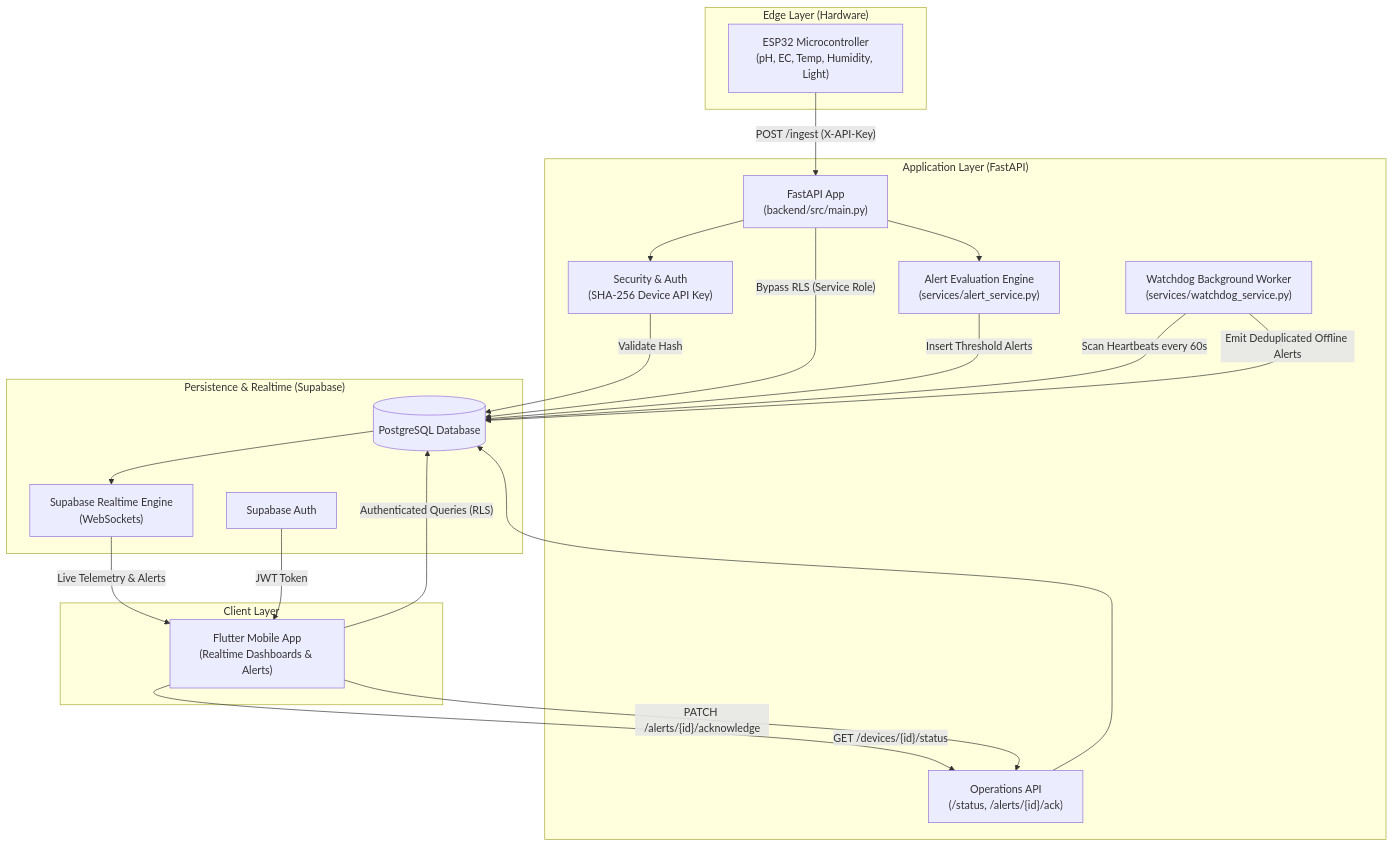
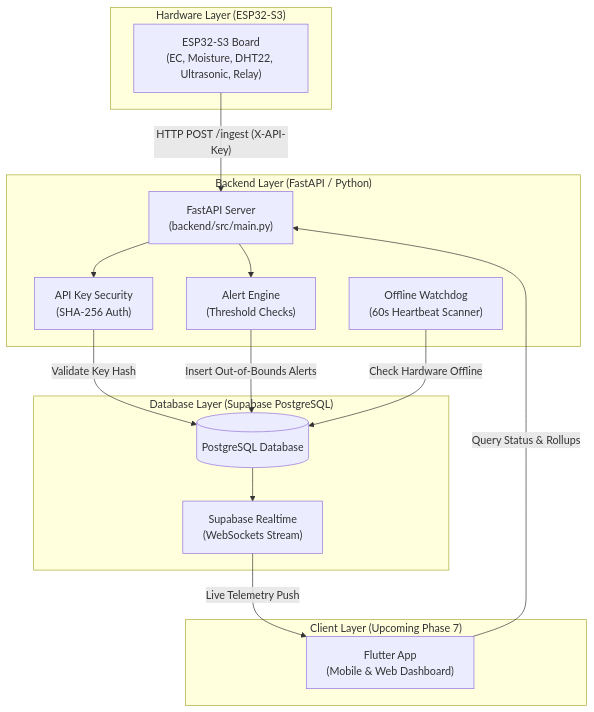
One commit to Afaq-Ejaz/Hydroponics_V2 changed the diagram in Progress/architecture.md. Above: the diagram before and after it, drawn with Mermaid. The commit also changed other lines of this file and 171 other files, not shown here.

Commit message:
Flutter-App

````diff
--- a/Progress/architecture.md
+++ b/Progress/architecture.md
@@ -7,40 +9,32 @@
 ```mermaid
 graph TD
-    subgraph Edge ["Edge Layer (Hardware)"]
-        ESP32["ESP32 Microcontroller<br/>(pH, EC, Temp, Humidity, Light)"]
+    subgraph Edge ["Hardware Layer (ESP32-S3)"]
+        ESP["ESP32-S3 Board<br/>(EC, Moisture, DHT22, Ultrasonic, Relay)"]
     end
 
-    subgraph Backend ["Application Layer (FastAPI)"]
-        API["FastAPI App<br/>(backend/src/main.py)"]
-        Sec["Security & Auth<br/>(SHA-256 Device API Key)"]
-        AlertEng["Alert Evaluation Engine<br/>(services/alert_service.py)"]
-        Watchdog["Watchdog Background Worker<br/>(services/watchdog_service.py)"]
-        Ops["Operations API<br/>(/status, /alerts/{id}/ack)"]
+    subgraph Backend ["Backend Layer (FastAPI / Python)"]
+        API["FastAPI Server<br/>(backend/src/main.py)"]
+        Sec["API Key Security<br/>(SHA-256 Auth)"]
+        Alerts["Alert Engine<br/>(Threshold Checks)"]
+        Watchdog["Offline Watchdog<br/>(60s Heartbeat Scanner)"]
     end
 
-    subgraph Data ["Persistence & Realtime (Supabase)"]
+    subgraph Database ["Database Layer (Supabase PostgreSQL)"]
         DB[(PostgreSQL Database)]
-        RT["Supabase Realtime Engine<br/>(WebSockets)"]
-        Auth["Supabase Auth"]
+        RT["Supabase Realtime<br/>(WebSockets Stream)"]
     end
 
-    subgraph Client ["Client Layer"]
-        Flutter["Flutter Mobile App<br/>(Realtime Dashboards & Alerts)"]
+    subgraph Client ["Client Layer (Upcoming Phase 7)"]
+        Flutter["Flutter App<br/>(Mobile & Web Dashboard)"]
     end
 
-    ESP32 -- "POST /ingest (X-API-Key)" --> API
+    ESP -- "HTTP POST /ingest (X-API-Key)" --> API
     API --> Sec
-    Sec -- "Validate Hash" --> DB
-    API -- "Bypass RLS (Service Role)" --> DB
-    API --> AlertEng
-    AlertEng -- "Insert Threshold Alerts" --> DB
-    Watchdog -- "Scan Heartbeats every 60s" --> DB
-    Watchdog -- "Emit Deduplicated Offline Alerts" --> DB
-    Flutter -- "GET /devices/{id}/status" --> Ops
-    Flutter -- "PATCH /alerts/{id}/acknowledge" --> Ops
-    Ops --> DB
+    Sec -- "Validate Key Hash" --> DB
+    API --> Alerts
+    Alerts -- "Insert Out-of-Bounds Alerts" --> DB
+    Watchdog -- "Check Hardware Offline" --> DB
+    Flutter -- "Query Status & Rollups" --> API
     DB --> RT
-    RT -- "Live Telemetry & Alerts" --> Flutter
-    Auth -- "JWT Token" --> Flutter
-    Flutter -- "Authenticated Queries (RLS)" --> DB
+    RT -- "Live Telemetry Push" --> Flutter
 ```
````
